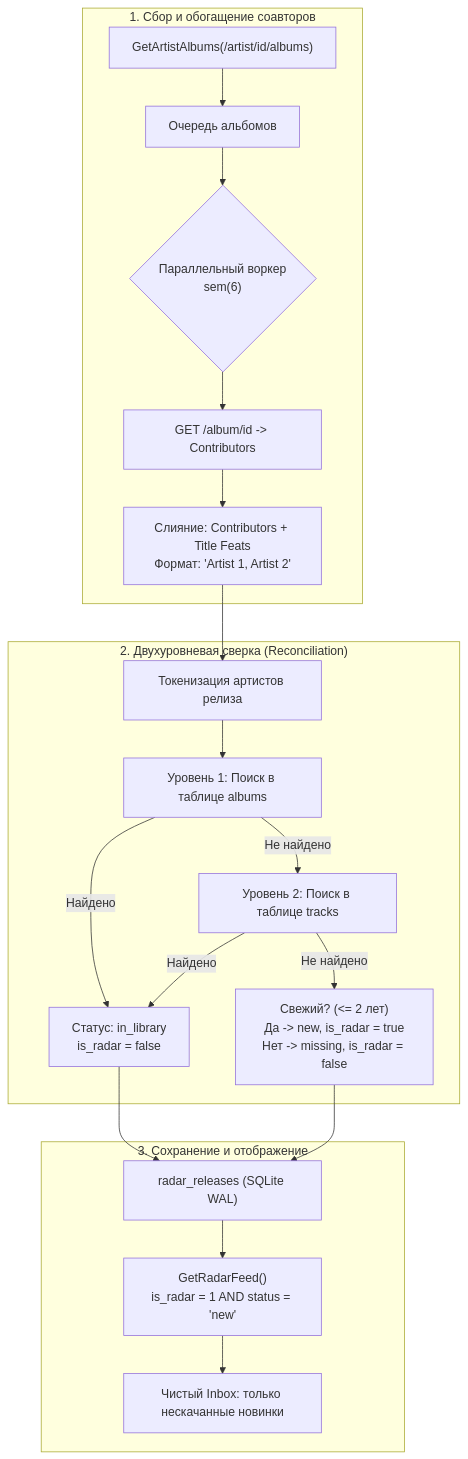
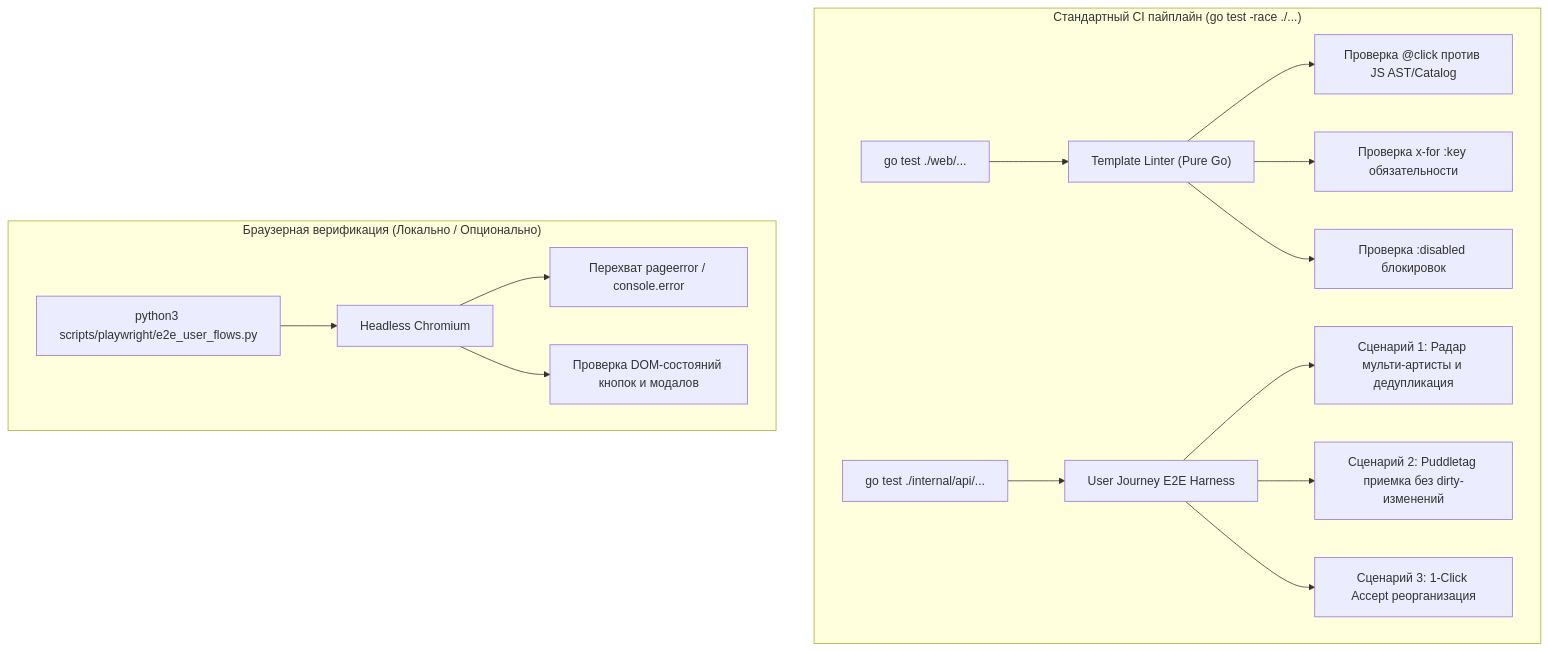
The diagram in plan.md (kex1tu/music_service), drawn with Mermaid before and after one commit. The commit also changed other lines of this file, not shown here.

````diff
--- a/plan.md
+++ b/plan.md
@@ -93,25 +54,20 @@
 ```mermaid
 flowchart TD
-    subgraph DeezerDiscovery["1. Сбор и обогащение соавторов"]
-        D1["GetArtistAlbums(/artist/id/albums)"] --> D2["Очередь альбомов"]
-        D2 --> D3{"Параллельный воркер\nsem(6)"}
-        D3 --> D4["GET /album/id -> Contributors"]
-        D4 --> D5["Слияние: Contributors + Title Feats\nФормат: 'Artist 1, Artist 2'"]
+    subgraph CI["Стандартный CI пайплайн (go test -race ./...)"]
+        T1["go test ./web/..."] --> V1["Template Linter (Pure Go)"]
+        V1 --> V2["Проверка @click против JS AST/Catalog"]
+        V1 --> V3["Проверка x-for :key обязательности"]
+        V1 --> V4["Проверка :disabled блокировок"]
+
+        T2["go test ./internal/api/..."] --> J1["User Journey E2E Harness"]
+        J1 --> J2["Сценарий 1: Радар мульти-артисты и дедупликация"]
+        J1 --> J3["Сценарий 2: Puddletag приемка без dirty-изменений"]
+        J1 --> J4["Сценарий 3: 1-Click Accept реорганизация"]
     end
 
-    subgraph TwoLevelReconciliation["2. Двухуровневая сверка (Reconciliation)"]
-        D5 --> R1["Токенизация артистов релиза"]
-        R1 --> R2["Уровень 1: Поиск в таблице albums"]
-        R2 -->|Найдено| R_Match["Статус: in_library\nis_radar = false"]
-        R2 -->|Не найдено| R3["Уровень 2: Поиск в таблице tracks"]
-        R3 -->|Найдено| R_Match
-        R3 -->|Не найдено| R_New["Свежий? (<= 2 лет)\nДа -> new, is_radar = true\nНет -> missing, is_radar = false"]
-    end
-
-    subgraph StorageAndFeed["3. Сохранение и отображение"]
-        R_Match --> DB["radar_releases (SQLite WAL)"]
-        R_New --> DB
-        DB --> Feed["GetRadarFeed()\nis_radar = 1 AND status = 'new'"]
-        Feed --> UI["Чистый Inbox: только нескачанные новинки"]
+    subgraph BrowserTest["Браузерная верификация (Локально / Опционально)"]
+        P1["python3 scripts/playwright/e2e_user_flows.py"] --> P2["Headless Chromium"]
+        P2 --> P3["Перехват pageerror / console.error"]
+        P2 --> P4["Проверка DOM-состояний кнопок и модалов"]
     end
 ```
````
